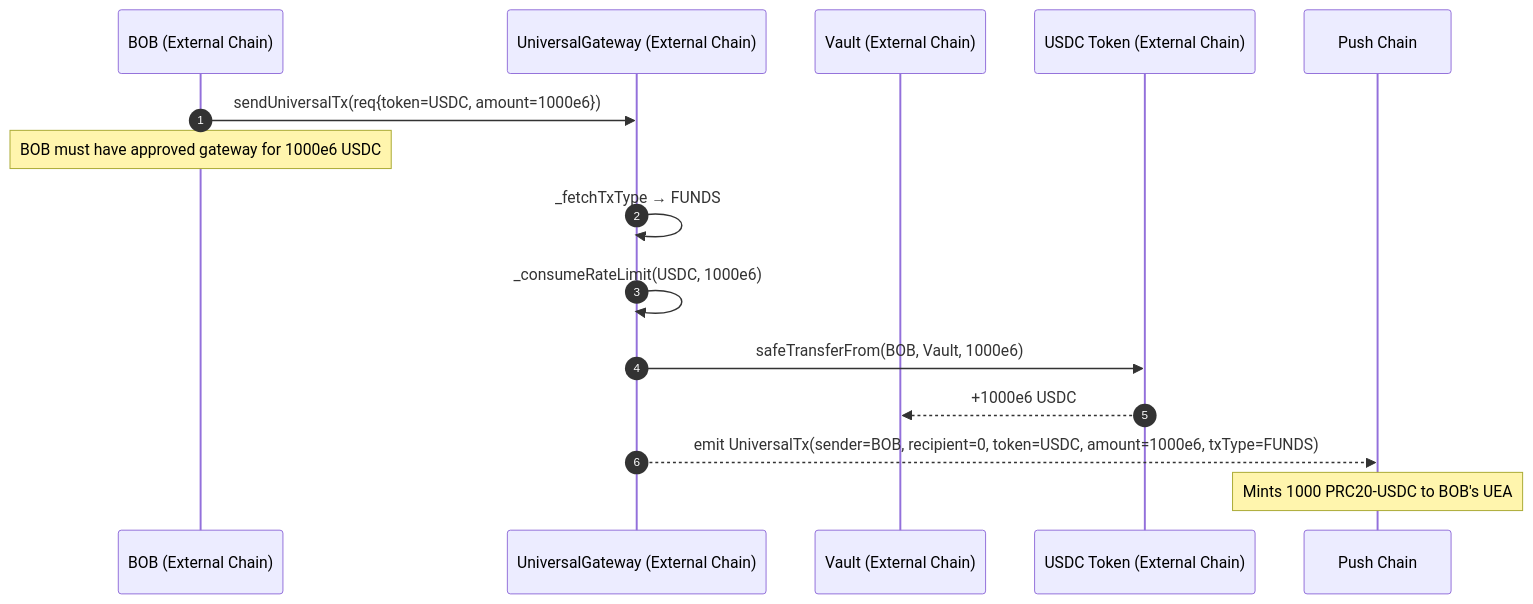
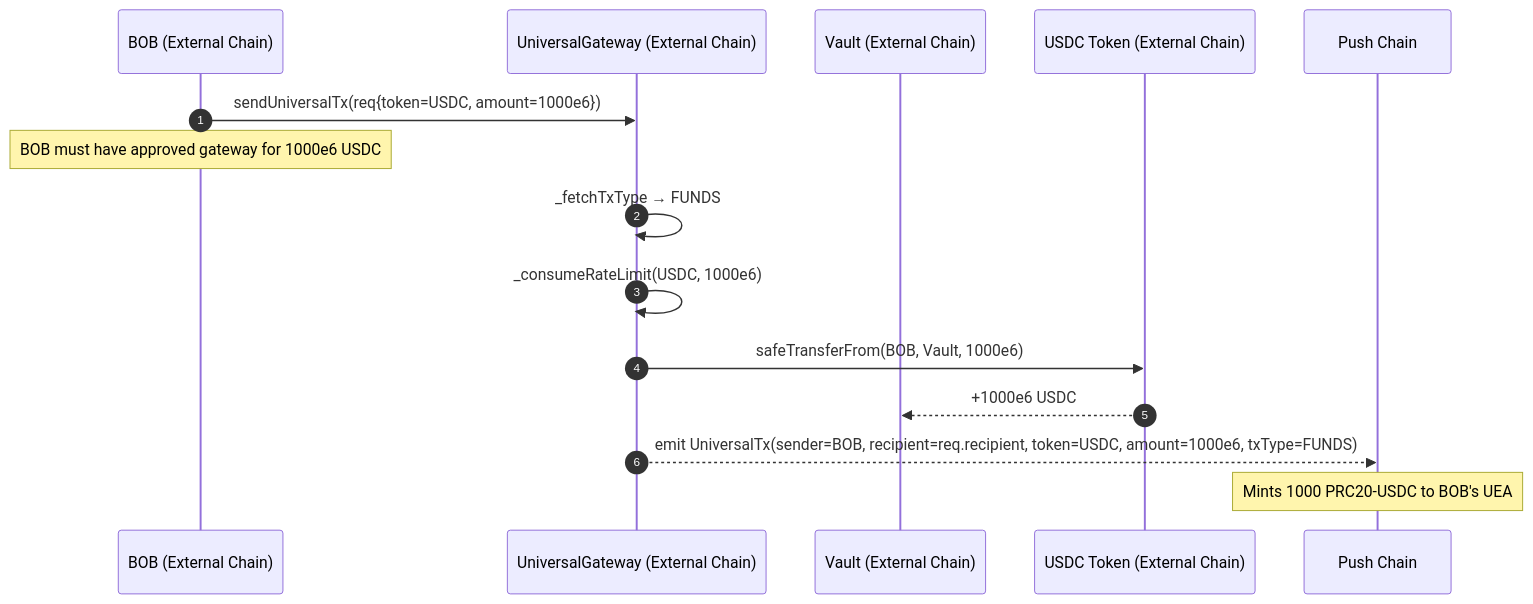
Before and after one commit to pushchain/push-chain-interop-contracts: the fourth of 9 diagrams in contracts/evm-gateway/docs/5_InboundTx_Flows.md, drawn with Mermaid. The commit also changed other lines of this file and 2 other files, not shown here.

````diff
--- a/contracts/evm-gateway/docs/5_InboundTx_Flows.md
+++ b/contracts/evm-gateway/docs/5_InboundTx_Flows.md
@@ -321,18 +322,18 @@
 ```mermaid
 sequenceDiagram
     autonumber
     participant BOB as BOB (External Chain)
     participant GW as UniversalGateway (External Chain)
     participant V as Vault (External Chain)
     participant USDC as USDC Token (External Chain)
     participant PC as Push Chain
 
     BOB->>GW: sendUniversalTx(req{token=USDC, amount=1000e6})
     Note over BOB: BOB must have approved gateway for 1000e6 USDC
     GW->>GW: _fetchTxType → FUNDS
     GW->>GW: _consumeRateLimit(USDC, 1000e6)
     GW->>USDC: safeTransferFrom(BOB, Vault, 1000e6)
     USDC-->>V: +1000e6 USDC
-    GW-->>PC: emit UniversalTx(sender=BOB, recipient=0, token=USDC, amount=1000e6, txType=FUNDS)
+    GW-->>PC: emit UniversalTx(sender=BOB, recipient=req.recipient, token=USDC, amount=1000e6, txType=FUNDS)
     Note over PC: Mints 1000 PRC20-USDC to BOB's UEA
 ```
````
